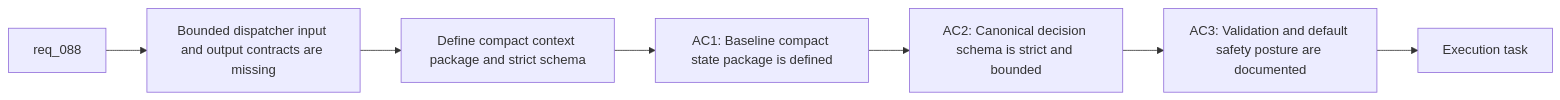
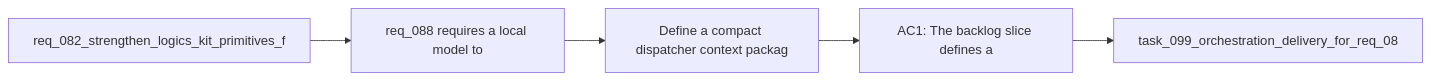
The diagram in logics/backlog/item_137_define_a_compact_dispatcher_context_package_and_strict_local_decision_contract.md (AlexAgo83/logics-manager), drawn with Mermaid before and after one commit. The commit also changed 481 other files, not shown here.

````diff
--- a/logics/backlog/item_137_define_a_compact_dispatcher_context_package_and_strict_local_decision_contract.md
+++ b/logics/backlog/item_137_define_a_compact_dispatcher_context_package_and_strict_local_decision_contract.md
@@ -28,11 +28,9 @@
 ```mermaid
 %% logics-kind: backlog
 %% logics-signature: backlog|define-a-compact-dispatcher-context-pack|req-082-strengthen-logics-kit-primitives|req-088-requires-a-local-model-to|ac1-the-backlog-slice-defines-a
 flowchart LR
-    Request[req_088] --> Problem[Bounded dispatcher input and output contracts are missing]
-    Problem --> Scope[Define compact context package and strict schema]
-    Scope --> AC1[AC1: Baseline compact state package is defined]
-    AC1 --> AC2[AC2: Canonical decision schema is strict and bounded]
-    AC2 --> AC3[AC3: Validation and default safety posture are documented]
-    AC3 --> Task[Execution task]
+    Request[req_082_strengthen_logics_kit_primitives_f] --> Problem[req_088 requires a local model to]
+    Problem --> Scope[Define a compact dispatcher context packag]
+    Scope --> Acceptance[AC1: The backlog slice defines a]
+    Acceptance --> Tasks[task_099_orchestration_delivery_for_req_08]
 ```
````
